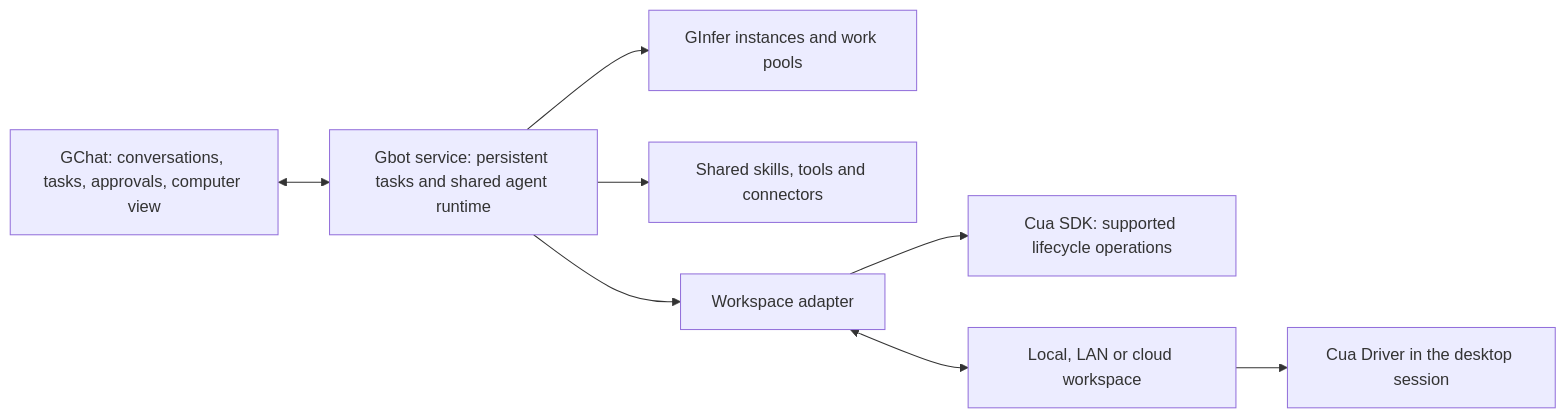
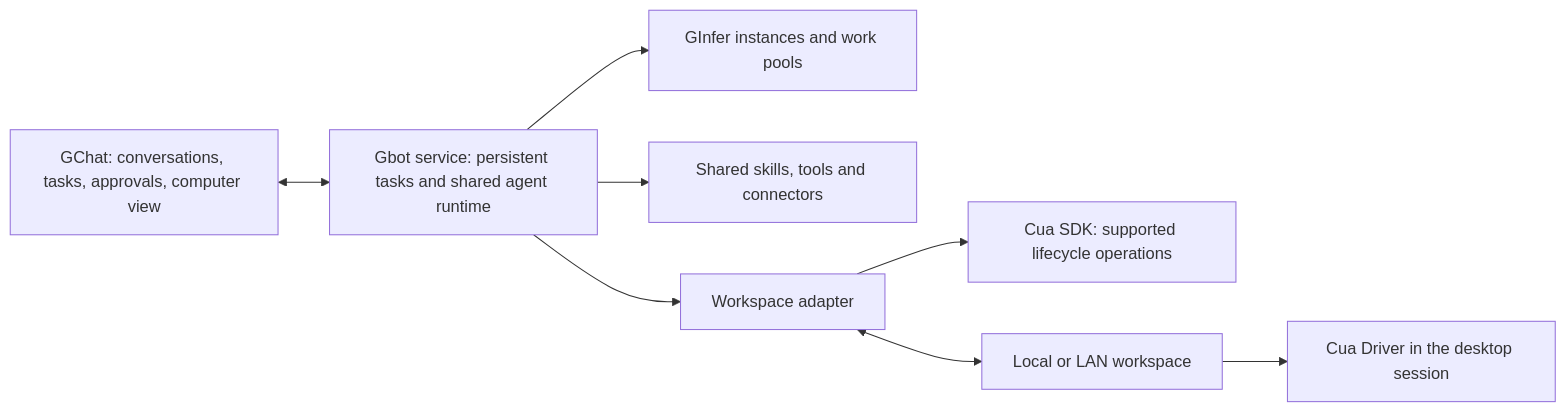
One commit to Gadflyii/GChat changed the diagram in docs/gbot-design/README.md. Above: the diagram before and after it, drawn with Mermaid. The commit also changed other lines of this file and 1 other file, not shown here.

````diff
--- a/docs/gbot-design/README.md
+++ b/docs/gbot-design/README.md
@@ -50,10 +56,10 @@
 ```mermaid
 flowchart LR
     UI["GChat: conversations, tasks, approvals, computer view"] <--> Bot["Gbot service: persistent tasks and shared agent runtime"]
     Bot --> Models["GInfer instances and work pools"]
     Bot --> Tools["Shared skills, tools and connectors"]
     Bot --> Adapter["Workspace adapter"]
     Adapter --> SDK["Cua SDK: supported lifecycle operations"]
-    Adapter <--> Guest["Local, LAN or cloud workspace"]
+    Adapter <--> Guest["Local or LAN workspace"]
     Guest --> Driver["Cua Driver in the desktop session"]
 ```
````
